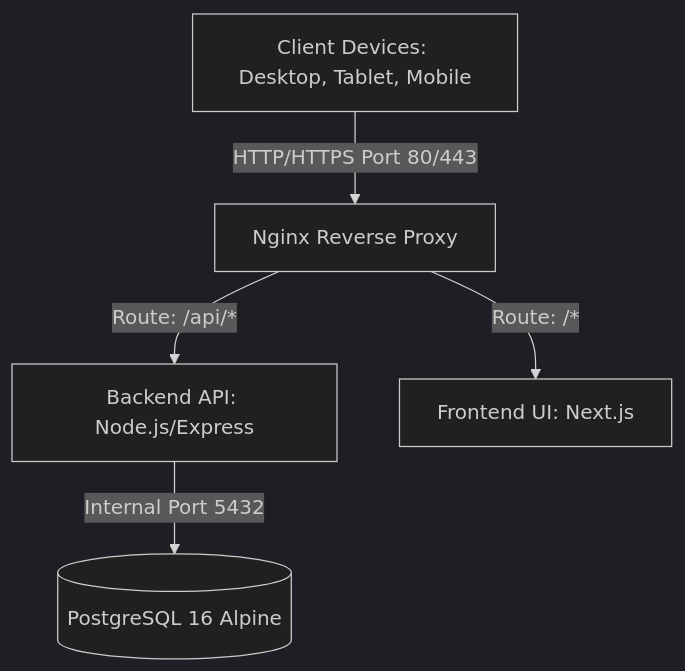
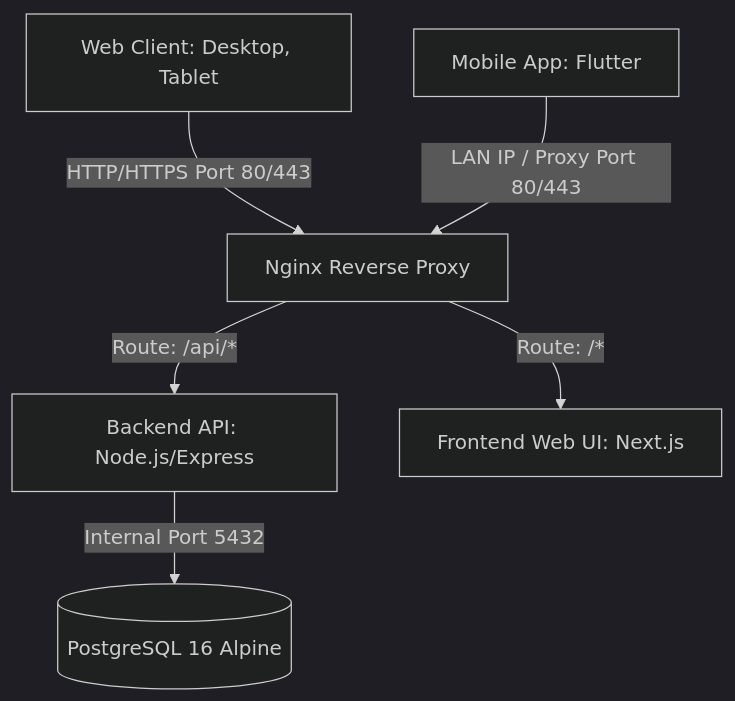
One commit to BenjaminHung8405/print-cost changed the diagram in .agent/instruction.md. Above: the diagram before and after it, drawn with Mermaid (dark theme). The commit also changed other lines of this file and 9 other files, not shown here.

Commit message:
refactor: reorganize frontend into web and mobile directories and update docker configuration for the Next.js web application.

````diff
--- a/.agent/instruction.md
+++ b/.agent/instruction.md
@@ -12,7 +12,8 @@
 ```mermaid
 graph TD
-    Client[Client Devices: Desktop, Tablet, Mobile] -->|HTTP/HTTPS Port 80/443| Nginx[Nginx Reverse Proxy]
+    WebClient[Web Client: Desktop, Tablet] -->|HTTP/HTTPS Port 80/443| Nginx[Nginx Reverse Proxy]
+    MobileClient[Mobile App: Flutter] -->|LAN IP / Proxy Port 80/443| Nginx
     Nginx -->|Route: /api/*| Backend[Backend API: Node.js/Express]
-    Nginx -->|Route: /*| Frontend[Frontend UI: Next.js]
+    Nginx -->|Route: /*| Frontend[Frontend Web UI: Next.js]
     Backend -->|Internal Port 5432| DB[(PostgreSQL 16 Alpine)]
 ```
````
